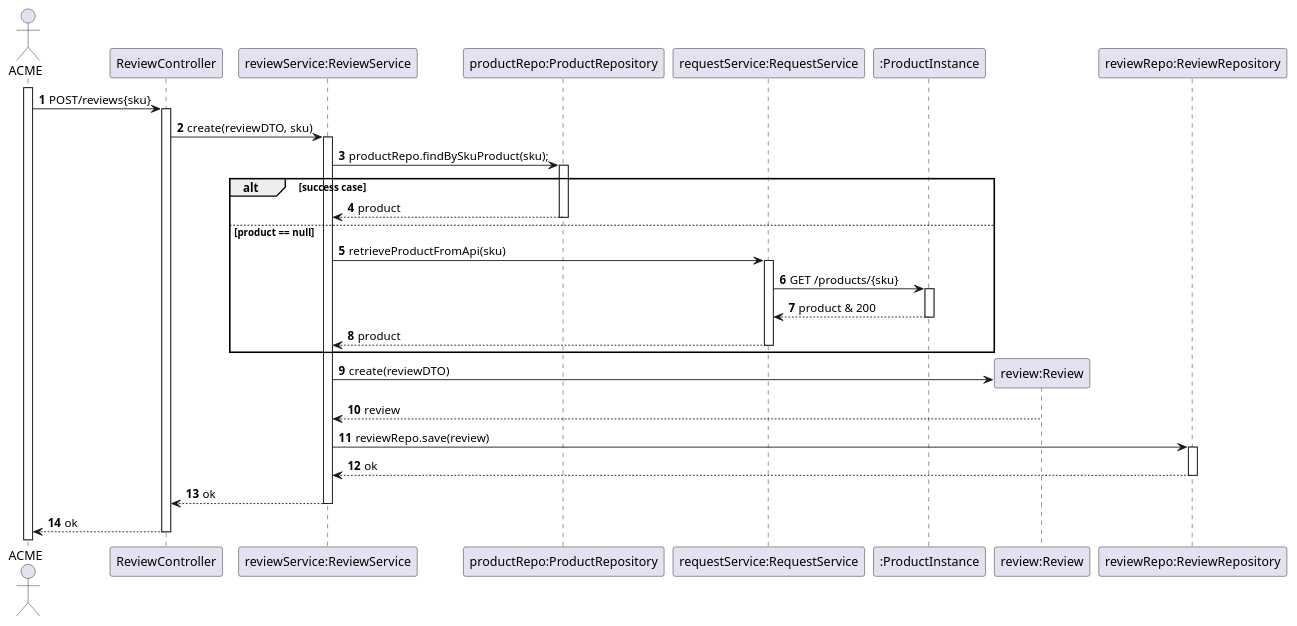
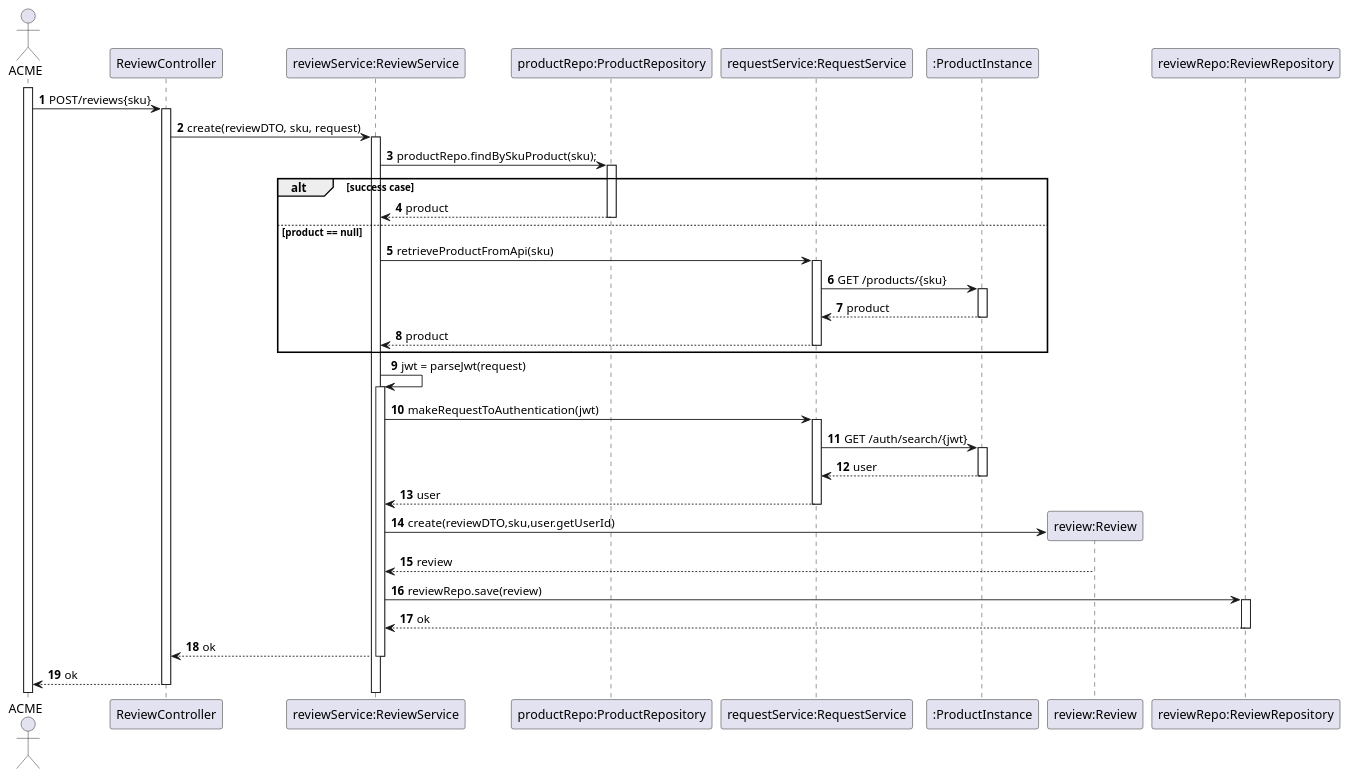
Before and after one commit to TiagoNora/SIDIS-Docs: the diagram in Docs/US04-SD.puml, drawn with PlantUML. The commit also changed 2 other files, not shown here.

```diff
--- a/Docs/US04-SD.puml
+++ b/Docs/US04-SD.puml
@@ -1,37 +1,42 @@
 @startuml
 'https://plantuml.com/sequence-diagram
 
 autoactivate on
 autonumber
 
 actor "ACME" as User
 participant "ReviewController" as Ctrl
 participant "reviewService:ReviewService" as Svc
 participant "productRepo:ProductRepository" as repository
 participant "requestService:RequestService" as request
 participant ":ProductInstance" as instance
 participant "review:Review" as review
 participant "reviewRepo:ReviewRepository" as Repo
 
 activate User
 
 User -> Ctrl : POST/reviews{sku}
 
-Ctrl -> Svc : create(reviewDTO, sku)
+Ctrl -> Svc : create(reviewDTO, sku, request)
 Svc -> repository : productRepo.findBySkuProduct(sku);
 alt success case
 repository --> Svc : product
 else product == null
 Svc -> request:retrieveProductFromApi(sku)
 request -> instance: GET /products/{sku}
-instance --> request: product & 200
+instance --> request: product
 request --> Svc: product
 end
-Svc -> review** : create(reviewDTO)
+Svc -> Svc: jwt = parseJwt(request)
+Svc -> request: makeRequestToAuthentication(jwt)
+request -> instance: GET /auth/search/{jwt}
+instance --> request: user
+request --> Svc: user
+Svc -> review** : create(reviewDTO,sku,user.getUserId)
 review --> Svc :  review
 Svc -> Repo : reviewRepo.save(review)
 Repo --> Svc : ok
 Svc --> Ctrl : ok
 Ctrl --> User : ok
 
 @enduml
```
